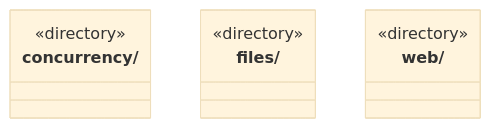
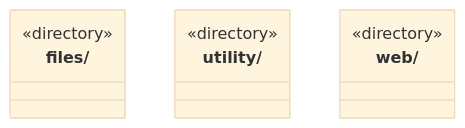
Before and after one commit to nan023062/cbim: the diagram in src/foundations/ARCHITECTURE.md, drawn with Mermaid (base theme). The commit also changed other lines of this file and 44 other files, not shown here.

Commit message:
refactor: establish utility foundations and move serial queue

````diff
--- a/src/foundations/ARCHITECTURE.md
+++ b/src/foundations/ARCHITECTURE.md
@@ -15,12 +15,12 @@
 ```mermaid
 classDiagram
-class N_src_foundations_concurrency["concurrency/"] {
+class N_src_foundations_files["files/"] {
   <<directory>>
 }
-class N_src_foundations_files["files/"] {
+class N_src_foundations_utility["utility/"] {
   <<directory>>
 }
 class N_src_foundations_web["web/"] {
   <<directory>>
 }
 ```
````
